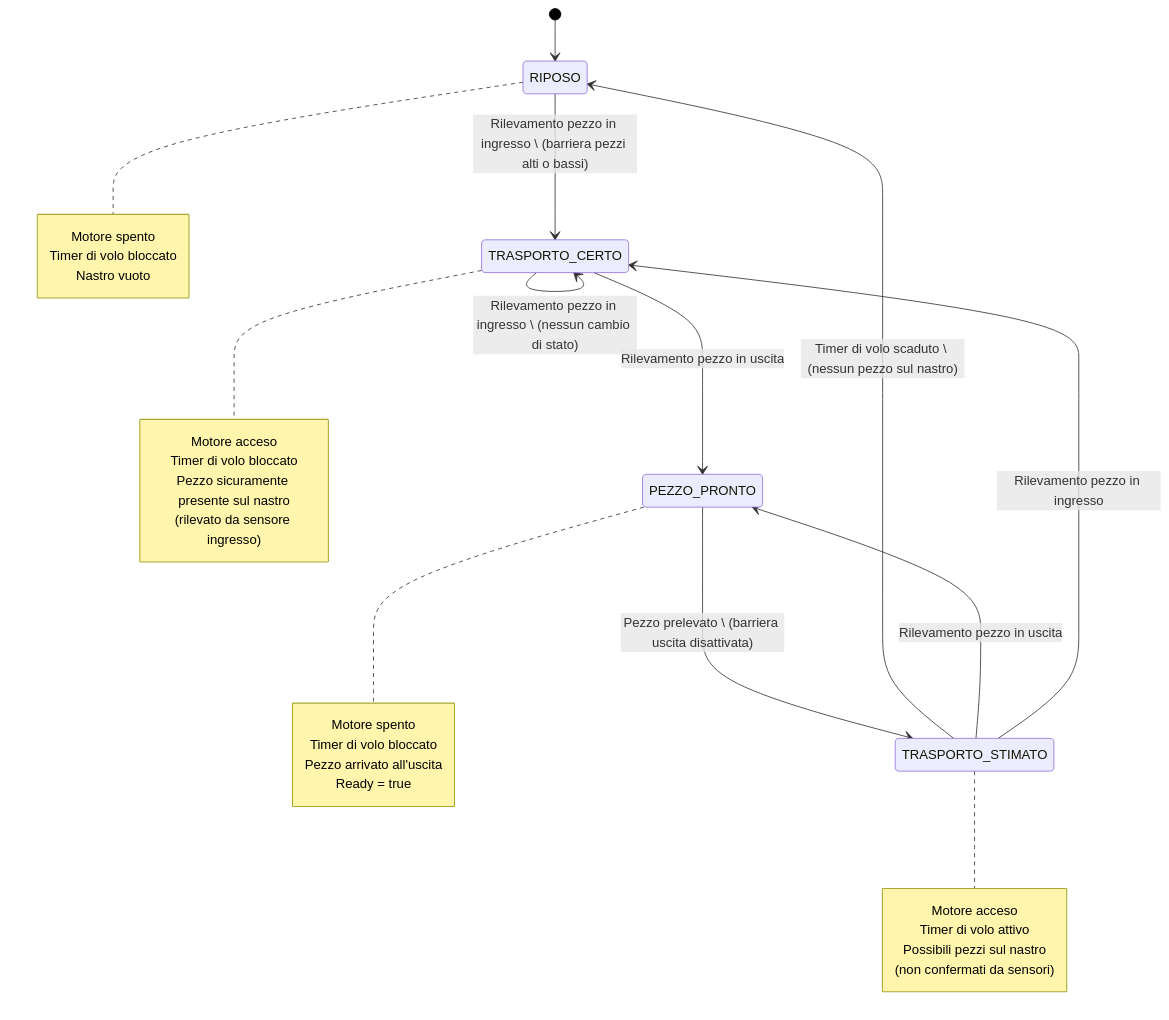
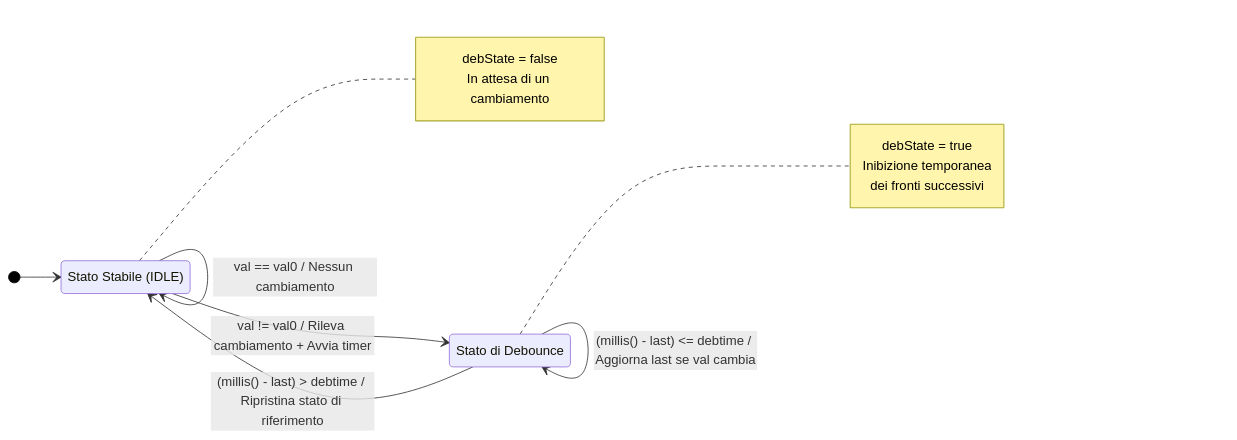
The diagram in debouncerFSM.md (sebastianomelita/ArduinoBareMetal), drawn with Mermaid before and after one commit. The commit also changed other lines of this file, not shown here.

````diff
--- a/debouncerFSM.md
+++ b/debouncerFSM.md
@@ -61,40 +86,27 @@
 ```mermaid
 %%{init: {'theme': 'default', 'themeVariables': { 'primaryColor': '#ffffff', 'primaryTextColor': '#000000', 'primaryBorderColor': '#000000', 'lineColor': '#000000', 'secondaryColor': '#f4f4f4', 'tertiaryColor': '#ffffff' }}}%%
 stateDiagram-v2
-    [*] --> RIPOSO
+    direction LR
     
-    RIPOSO --> TRASPORTO_CERTO: Rilevamento pezzo in ingresso \ (barriera pezzi alti o bassi)
-    TRASPORTO_CERTO --> PEZZO_PRONTO: Rilevamento pezzo in uscita
-    TRASPORTO_CERTO --> TRASPORTO_CERTO: Rilevamento pezzo in ingresso \ (nessun cambio di stato)
-    PEZZO_PRONTO --> TRASPORTO_STIMATO: Pezzo prelevato \ (barriera uscita disattivata)
-    TRASPORTO_STIMATO --> RIPOSO: Timer di volo scaduto \ (nessun pezzo sul nastro)
-    TRASPORTO_STIMATO --> PEZZO_PRONTO: Rilevamento pezzo in uscita
-    TRASPORTO_STIMATO --> TRASPORTO_CERTO: Rilevamento pezzo in ingresso
+    IDLE: Stato Stabile (IDLE)
+    DEBOUNCE: Stato di Debounce
     
-    note right of RIPOSO
-        Motore spento
-        Timer di volo bloccato
-        Nastro vuoto
+    note right of IDLE
+        debState = false
+        In attesa di un cambiamento
     end note
     
-    note right of TRASPORTO_CERTO
-        Motore acceso
-        Timer di volo bloccato
-        Pezzo sicuramente presente sul nastro
-        (rilevato da sensore ingresso)
+    note right of DEBOUNCE
+        debState = true
+        Inibizione temporanea
+        dei fronti successivi
     end note
     
-    note right of PEZZO_PRONTO
-        Motore spento
-        Timer di volo bloccato
-        Pezzo arrivato all'uscita
-        Ready = true
-    end note
+    [*] --> IDLE
     
-    note right of TRASPORTO_STIMATO
-        Motore acceso
-        Timer di volo attivo
-        Possibili pezzi sul nastro
-        (non confermati da sensori)
-    end note
+    IDLE --> IDLE: val == val0 / Nessun cambiamento
+    IDLE --> DEBOUNCE: val != val0 / Rileva cambiamento + Avvia timer
+    
+    DEBOUNCE --> DEBOUNCE: (millis() - last) <= debtime / Aggiorna last se val cambia
+    DEBOUNCE --> IDLE: (millis() - last) > debtime / Ripristina stato di riferimento
 ```
````
